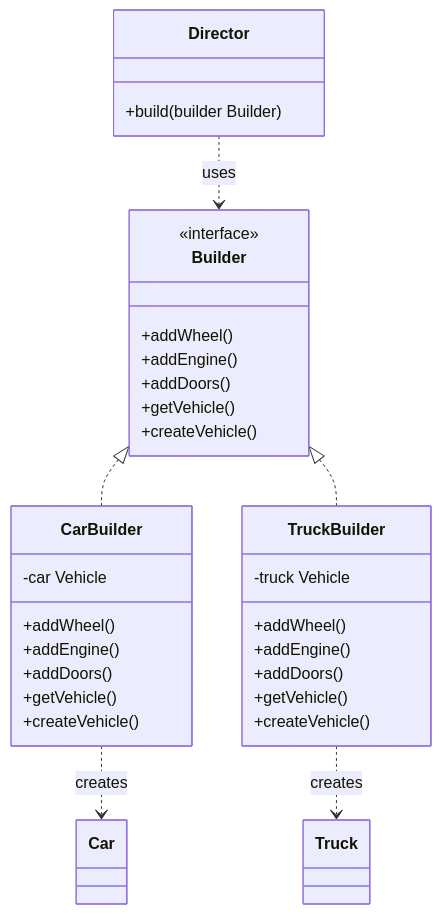
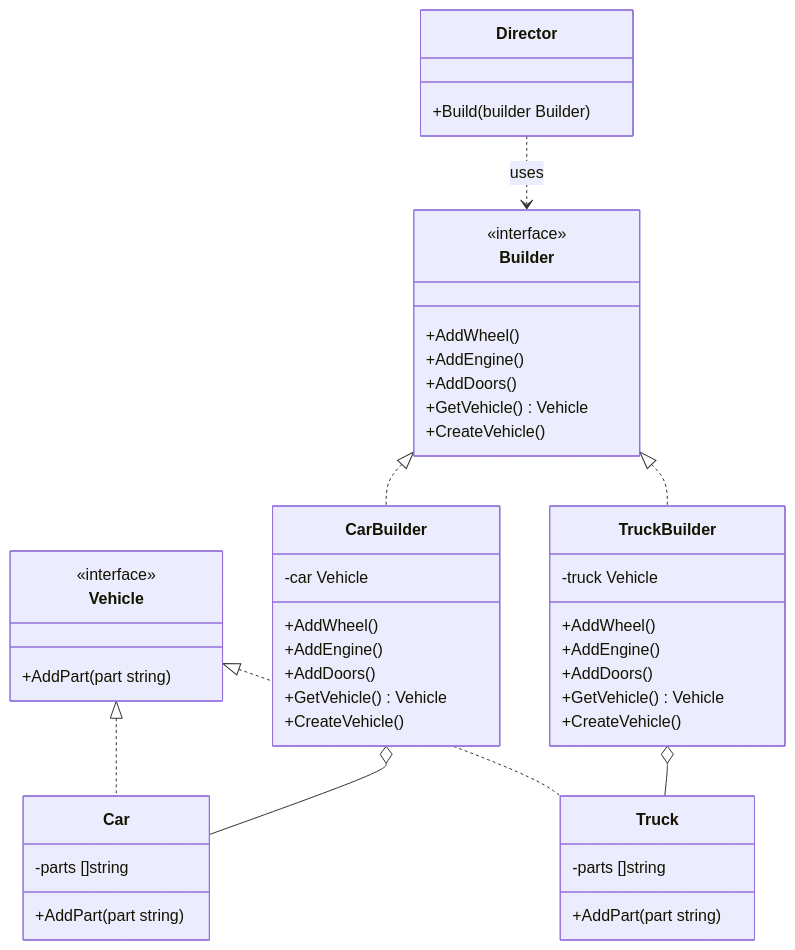
Before and after one commit to RichXan/xblog: the diagram in PersonalGrowth/CS/DesignPattern/03Builder.md, drawn with Mermaid.

Commit message:
refactor(docs): update Builder design pattern class diagram with consistent method naming and add Vehicle interface

````diff
--- a/PersonalGrowth/CS/DesignPattern/03Builder.md
+++ b/PersonalGrowth/CS/DesignPattern/03Builder.md
@@ -124,44 +124,63 @@
 ```mermaid
 classDiagram
     %% 接口定义
     class Builder {
         <<interface>>
-        +addWheel()
-        +addEngine()
-        +addDoors()
-        +getVehicle()
-        +createVehicle()
+        +AddWheel()
+        +AddEngine()
+        +AddDoors()
+        +GetVehicle() Vehicle
+        +CreateVehicle()
     }
 
+    class Vehicle {
+        <<interface>>
+        +AddPart(part string)
+    }
+
+    %% 指挥者
     class Director {
-        +build(builder Builder)
+        +Build(builder Builder)
     }
 
     %% 具体建造者
     class CarBuilder {
         -car Vehicle
-        +addWheel()
-        +addEngine()
-        +addDoors()
-        +getVehicle()
-        +createVehicle()
+        +AddWheel()
+        +AddEngine()
+        +AddDoors()
+        +GetVehicle() Vehicle
+        +CreateVehicle()
     }
 
     class TruckBuilder {
         -truck Vehicle
-        +addWheel()
-        +addEngine()
-        +addDoors()
-        +getVehicle()
-        +createVehicle()
+        +AddWheel()
+        +AddEngine()
+        +AddDoors()
+        +GetVehicle() Vehicle
+        +CreateVehicle()
+    }
+
+    %% 具体产品
+    class Car {
+        -parts []string
+        +AddPart(part string)
+    }
+
+    class Truck {
+        -parts []string
+        +AddPart(part string)
     }
 
     %% 实现关系
     Builder <|.. CarBuilder
     Builder <|.. TruckBuilder
+    Vehicle <|.. Car
+    Vehicle <|.. Truck
     Director ..> Builder : uses
 
-    %% 创建关系
-    CarBuilder ..> Car : creates
-    TruckBuilder ..> Truck : creates
+    %% 组合关系
+    CarBuilder o-- Car
+    TruckBuilder o-- Truck
 ```
````
